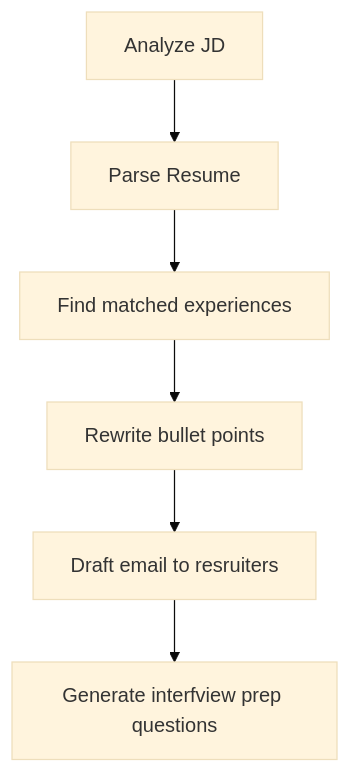
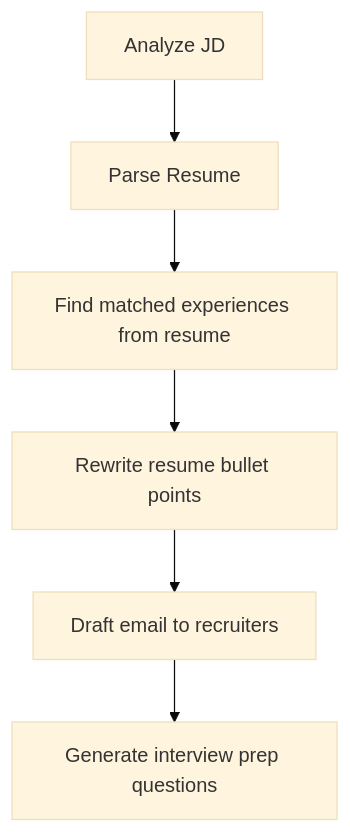
The diagram in README.md (shli1126/job-app-copilot-agent), drawn with Mermaid (base theme) before and after one commit.

````diff
--- a/README.md
+++ b/README.md
@@ -3,8 +3,8 @@
 ```mermaid
 flowchart TB
     A["Analyze JD"] --> B["Parse Resume"]
-    B --> C["Find matched experiences"]
-    C --> D["Rewrite bullet points"]
-    D --> E["Draft email to resruiters"]
-    E --> F["Generate interfview prep questions"]
+    B --> C["Find matched experiences from resume"]
+    C --> D["Rewrite resume bullet points"]
+    D --> E["Draft email to recruiters"]
+    E --> F["Generate interview prep questions"]
 ```
````
